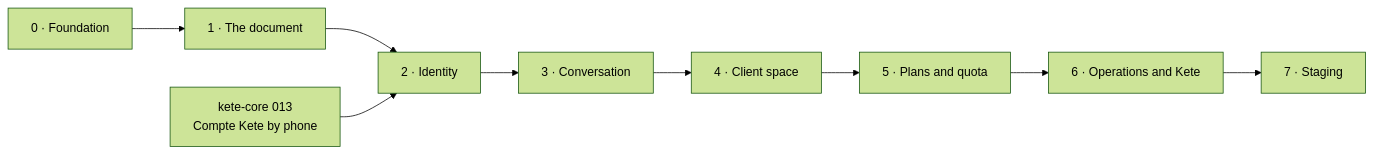
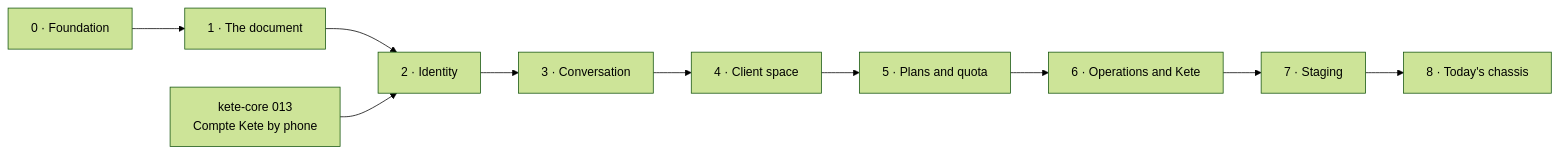
The diagram in docs/ROADMAP.md (kete-africa/firmo), drawn with Mermaid (forest theme) before and after one commit. The commit also changed other lines of this file and 22 other files, not shown here.

First line of the commit message:
feat(chassis): Firmo on today's Kete chassis — packages, identity card, feedback, the day's figures

````diff
--- a/docs/ROADMAP.md
+++ b/docs/ROADMAP.md
@@ -28,11 +28,12 @@
 ```mermaid
 flowchart LR
   P0[0 · Foundation] --> P1[1 · The document]
   P1 --> P2[2 · Identity]
   K13[kete-core 013<br/>Compte Kete by phone] --> P2
   P2 --> P3[3 · Conversation]
   P3 --> P4[4 · Client space]
   P4 --> P5[5 · Plans and quota]
   P5 --> P6[6 · Operations and Kete]
   P6 --> P7[7 · Staging]
+  P7 --> P8[8 · Today's chassis]
 ```
````
